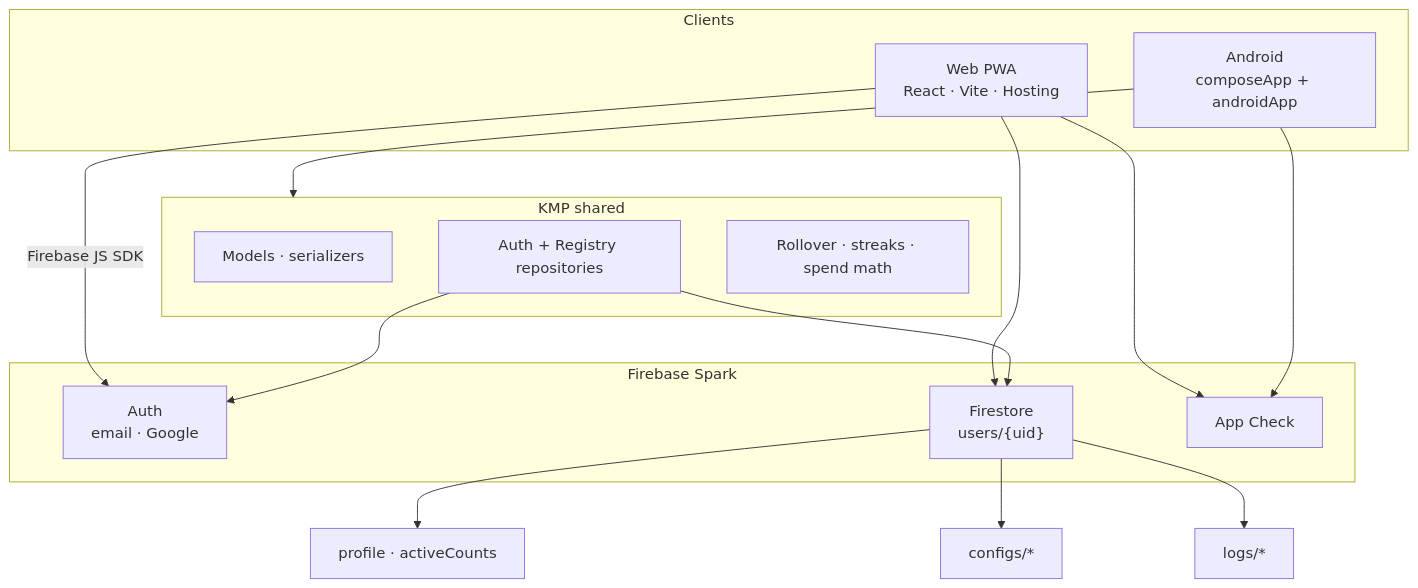
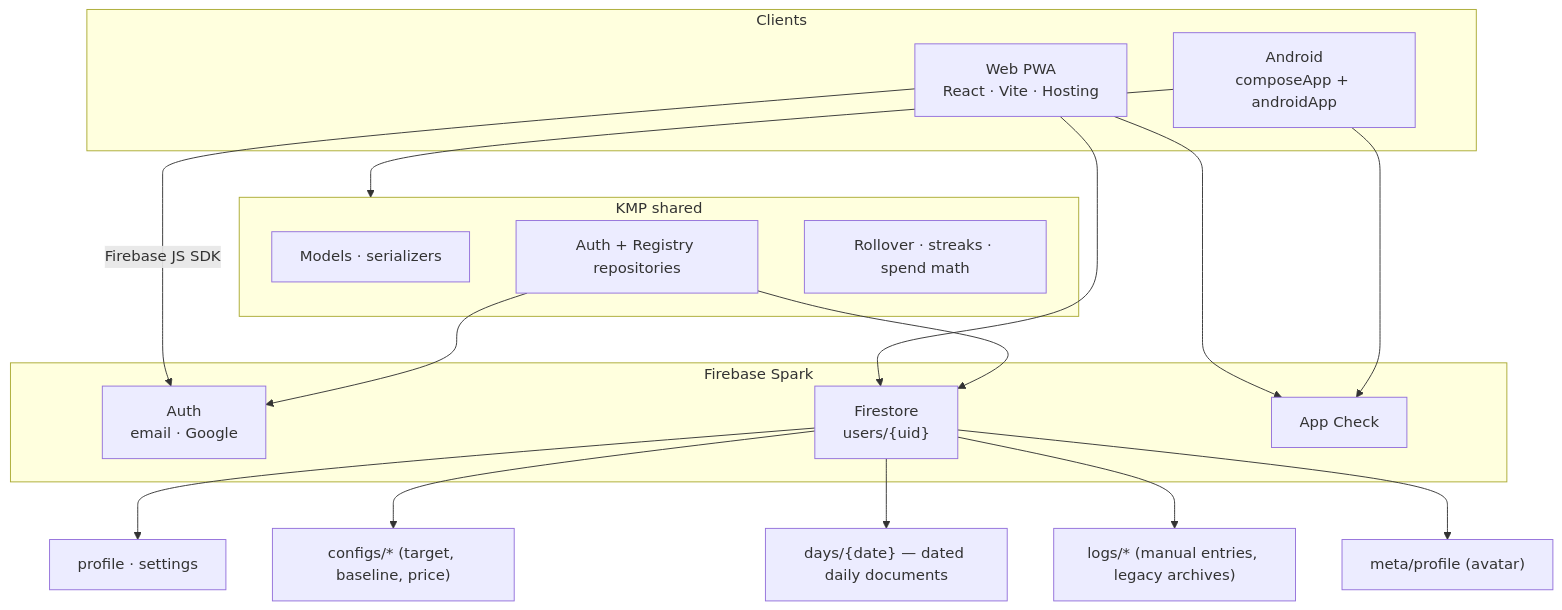
Before and after one commit to shareef01/tabakpp: the first of 2 diagrams in README.md, drawn with Mermaid. The commit also changed other lines of this file and 3 other files, not shown here.

First line of the commit message:
docs: record the data-integrity hardening pass and new schema

````diff
--- a/README.md
+++ b/README.md
@@ -67,31 +71,33 @@
 ```mermaid
 flowchart TB
   subgraph clients [Clients]
     Android["Android<br/>composeApp + androidApp"]
     Web["Web PWA<br/>React · Vite · Hosting"]
   end
 
   subgraph kmp [KMP shared]
     Models["Models · serializers"]
     Repos["Auth + Registry repositories"]
     Domain["Rollover · streaks · spend math"]
   end
 
   subgraph firebase [Firebase Spark]
     Auth["Auth<br/>email · Google"]
     FS["Firestore<br/>users/{uid}"]
     AC["App Check"]
   end
 
   Android --> kmp
   Web -->|"Firebase JS SDK"| Auth
   Web --> FS
   Web --> AC
   Repos --> Auth
   Repos --> FS
   Android --> AC
 
-  FS --> Profile["profile · activeCounts"]
-  FS --> Configs["configs/*"]
-  FS --> Logs["logs/*"]
+  FS --> Profile["profile · settings"]
+  FS --> Configs["configs/* (target, baseline, price)"]
+  FS --> Days["days/{date} — dated daily documents"]
+  FS --> Logs["logs/* (manual entries, legacy archives)"]
+  FS --> Meta["meta/profile (avatar)"]
 ```
````
